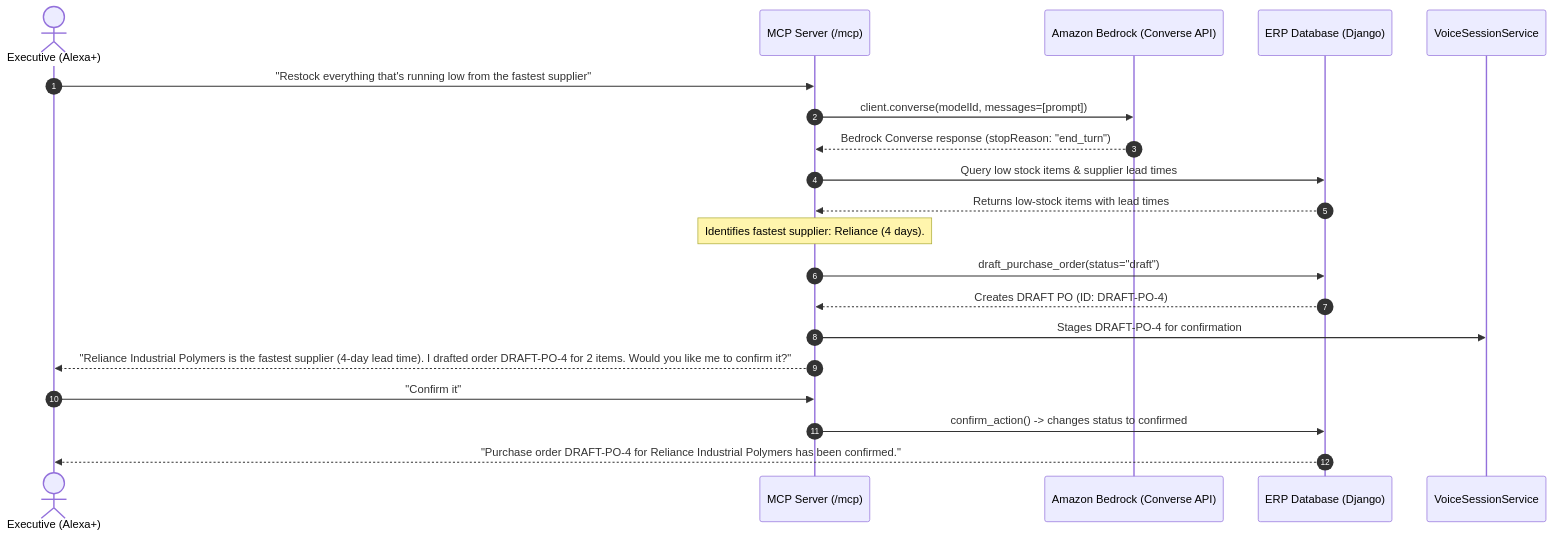
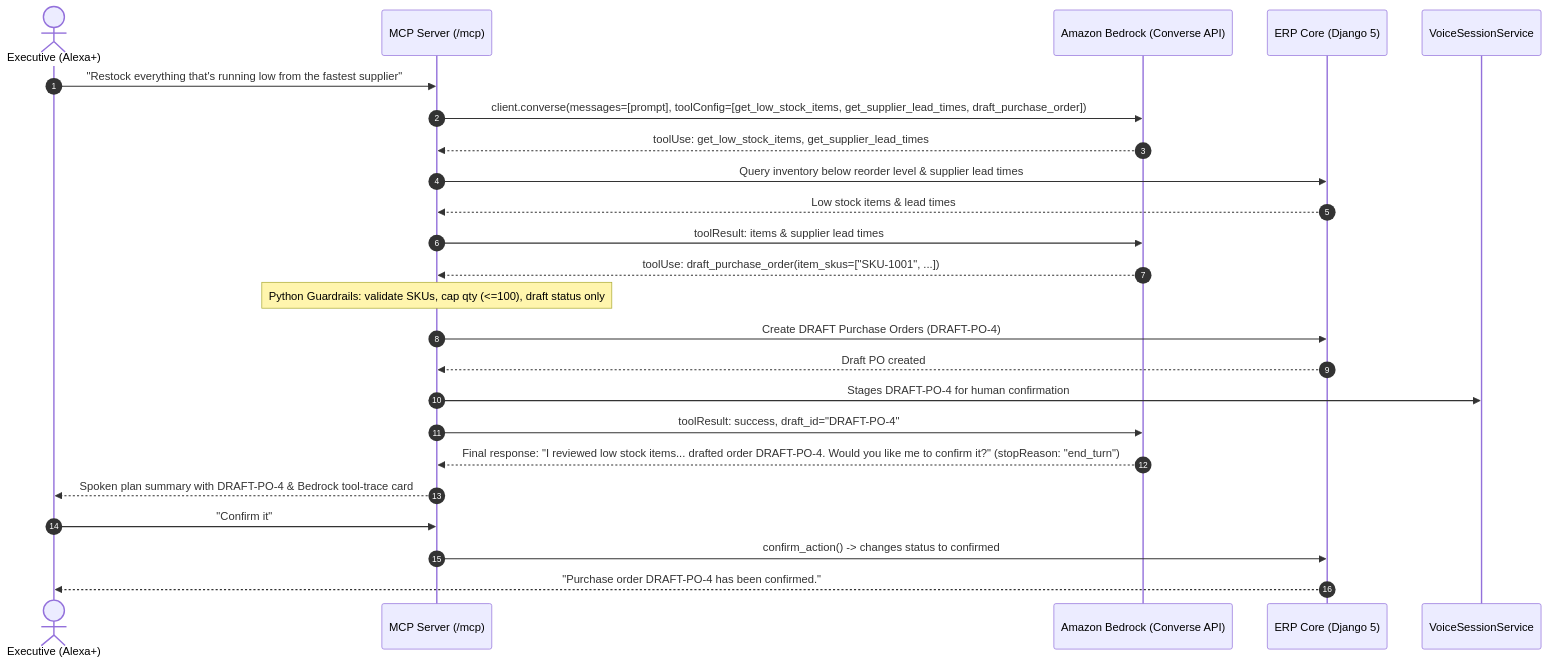
One commit to silambarasan-sh/erp-voice-mcp changed the diagram in docs/AWS_USAGE.md. Above: the diagram before and after it, drawn with Mermaid. The commit also changed other lines of this file and 5 other files, not shown here.

Commit message:
feat: Bedrock tool-use planner, remove unused Strands claims

````diff
--- a/docs/AWS_USAGE.md
+++ b/docs/AWS_USAGE.md
@@ -92,23 +97,27 @@
 ```mermaid
 sequenceDiagram
     autonumber
     actor User as Executive (Alexa+)
     participant MCP as MCP Server (/mcp)
     participant Bedrock as Amazon Bedrock (Converse API)
-    participant ERP as ERP Database (Django)
+    participant ERP as ERP Core (Django 5)
     participant Session as VoiceSessionService
 
     User->>MCP: "Restock everything that's running low from the fastest supplier"
-    MCP->>Bedrock: client.converse(modelId, messages=[prompt])
-    Bedrock-->>MCP: Bedrock Converse response (stopReason: "end_turn")
-    MCP->>ERP: Query low stock items & supplier lead times
-    ERP-->>MCP: Returns low-stock items with lead times
-    Note over MCP: Identifies fastest supplier: Reliance (4 days).
-    MCP->>ERP: draft_purchase_order(status="draft")
-    ERP-->>MCP: Creates DRAFT PO (ID: DRAFT-PO-4)
-    MCP->>Session: Stages DRAFT-PO-4 for confirmation
-    MCP-->>User: "Reliance Industrial Polymers is the fastest supplier (4-day lead time). I drafted order DRAFT-PO-4 for 2 items. Would you like me to confirm it?"
+    MCP->>Bedrock: client.converse(messages=[prompt], toolConfig=[get_low_stock_items, get_supplier_lead_times, draft_purchase_order])
+    Bedrock-->>MCP: toolUse: get_low_stock_items, get_supplier_lead_times
+    MCP->>ERP: Query inventory below reorder level & supplier lead times
+    ERP-->>MCP: Low stock items & lead times
+    MCP->>Bedrock: toolResult: items & supplier lead times
+    Bedrock-->>MCP: toolUse: draft_purchase_order(item_skus=["SKU-1001", ...])
+    Note over MCP: Python Guardrails: validate SKUs, cap qty (<=100), draft status only
+    MCP->>ERP: Create DRAFT Purchase Orders (DRAFT-PO-4)
+    ERP-->>MCP: Draft PO created
+    MCP->>Session: Stages DRAFT-PO-4 for human confirmation
+    MCP->>Bedrock: toolResult: success, draft_id="DRAFT-PO-4"
+    Bedrock-->>MCP: Final response: "I reviewed low stock items... drafted order DRAFT-PO-4. Would you like me to confirm it?" (stopReason: "end_turn")
+    MCP-->>User: Spoken plan summary with DRAFT-PO-4 & Bedrock tool-trace card
     User->>MCP: "Confirm it"
     MCP->>ERP: confirm_action() -> changes status to confirmed
-    ERP-->>User: "Purchase order DRAFT-PO-4 for Reliance Industrial Polymers has been confirmed."
+    ERP-->>User: "Purchase order DRAFT-PO-4 has been confirmed."
 ```
````
